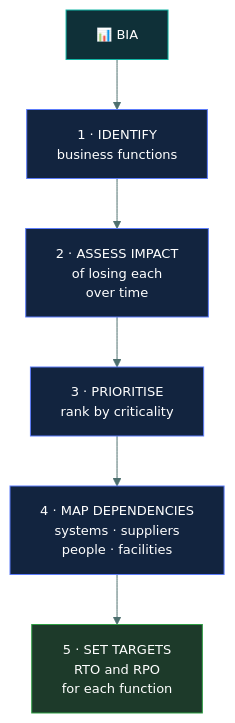
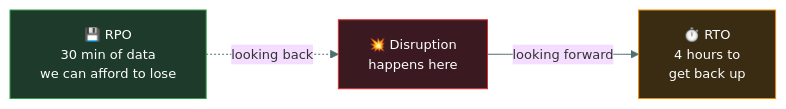
Before and after one commit to tarunTejaDesireddy/cc-exam-prep: the second of 4 diagrams in 02-security-governance/business-impact-analysis/README.md, drawn with Mermaid. The commit also changed other lines of this file and 1 other file, not shown here.

First line of the commit message:
Rewrite Business Impact Analysis with the tribe caveman walkthrough

````diff
--- a/02-security-governance/business-impact-analysis/README.md
+++ b/02-security-governance/business-impact-analysis/README.md
@@ -97,16 +164,10 @@
 ```mermaid
-%%{init: {'theme':'base','themeVariables':{'fontSize':'13px','lineColor':'#4d6f6e','textColor':'#dbe7e6'}}}%%
-flowchart TD
-    B["📊 BIA"] --> I["1 · IDENTIFY<br/>business functions"]
-    I --> C["2 · ASSESS IMPACT<br/>of losing each<br/>over time"]
-    C --> P["3 · PRIORITISE<br/>rank by criticality"]
-    P --> D["4 · MAP DEPENDENCIES<br/>systems · suppliers<br/>people · facilities"]
-    D --> R["5 · SET TARGETS<br/>RTO and RPO<br/>for each function"]
+%%{init: {'theme':'base','themeVariables':{'fontFamily':'Segoe UI, Helvetica Neue, Arial, sans-serif','fontSize':'13px','lineColor':'#4d6f6e','textColor':'#dbe7e6'}}}%%
+flowchart LR
+    RPO["💾 RPO<br/>30 min of data<br/>we can afford to lose"] -.->|"looking back"| X["💥 Disruption<br/>happens here"]
+    X -->|"looking forward"| RTO["⏱️ RTO<br/>4 hours to<br/>get back up"]
 
-    style B fill:#0f3038,stroke:#12B5A5,color:#fff
-    style I fill:#12243f,stroke:#5C7CFA,color:#fff
-    style C fill:#12243f,stroke:#5C7CFA,color:#fff
-    style P fill:#12243f,stroke:#5C7CFA,color:#fff
-    style D fill:#12243f,stroke:#5C7CFA,color:#fff
-    style R fill:#1d3a2a,stroke:#2F9E44,color:#fff
+    style RPO fill:#1d3a2a,stroke:#2F9E44,color:#fff
+    style X fill:#3a1a20,stroke:#E03131,color:#fff
+    style RTO fill:#3a2c12,stroke:#F08C00,color:#fff
 ```
````
